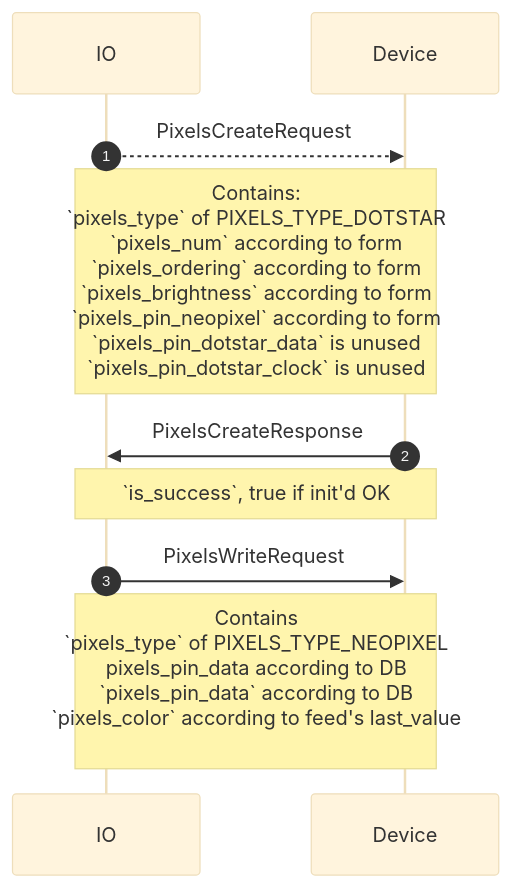
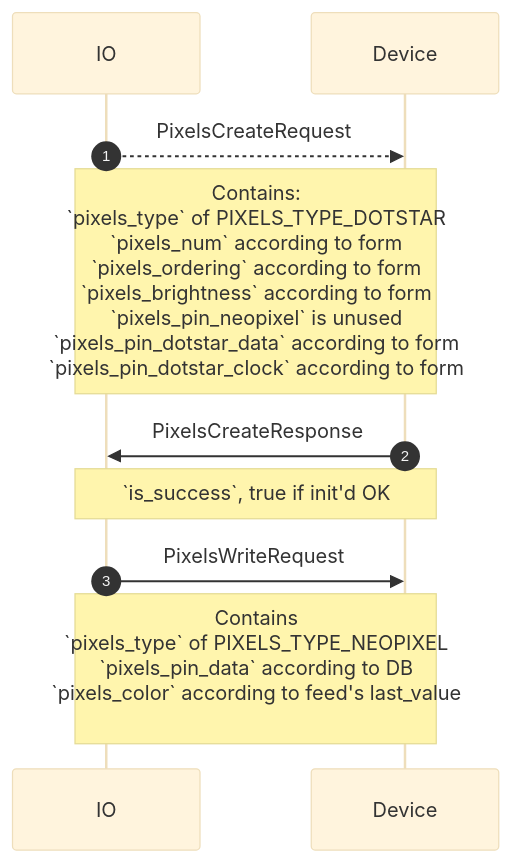
One commit to adafruit/Wippersnapper_Protobuf changed the tenth of 10 diagrams in proto/wippersnapper/pixels/v1/pixels.md. Above: the diagram before and after it, drawn with Mermaid (base theme). The commit also changed other lines of this file, not shown here.

````diff
--- a/proto/wippersnapper/pixels/v1/pixels.md
+++ b/proto/wippersnapper/pixels/v1/pixels.md
@@ -111,10 +111,10 @@
 ```mermaid
 sequenceDiagram
 autonumber
 IO-->>Device: PixelsCreateRequest
-Note over IO, Device: Contains:<br> `pixels_type` of PIXELS_TYPE_DOTSTAR<br>`pixels_num` according to form<br>`pixels_ordering` according to form<br> `pixels_brightness` according to form <br>`pixels_pin_neopixel` according to form<br> `pixels_pin_dotstar_data` is unused<br>`pixels_pin_dotstar_clock` is unused
+Note over IO, Device: Contains:<br> `pixels_type` of PIXELS_TYPE_DOTSTAR<br>`pixels_num` according to form<br>`pixels_ordering` according to form<br> `pixels_brightness` according to form <br>`pixels_pin_neopixel` is unused<br> `pixels_pin_dotstar_data` according to form<br>`pixels_pin_dotstar_clock` according to form
 Device->>IO: PixelsCreateResponse
 Note over Device,IO: `is_success`, true if init'd OK
 IO->>Device: PixelsWriteRequest
-Note over IO, Device: Contains<br> `pixels_type` of PIXELS_TYPE_NEOPIXEL<br>pixels_pin_data according to DB<br>`pixels_pin_data` according to DB<br>`pixels_color` according to feed's last_value<br>
+Note over IO, Device: Contains<br> `pixels_type` of PIXELS_TYPE_NEOPIXEL<br>`pixels_pin_data` according to DB<br>`pixels_color` according to feed's last_value<br>
 ```
````
